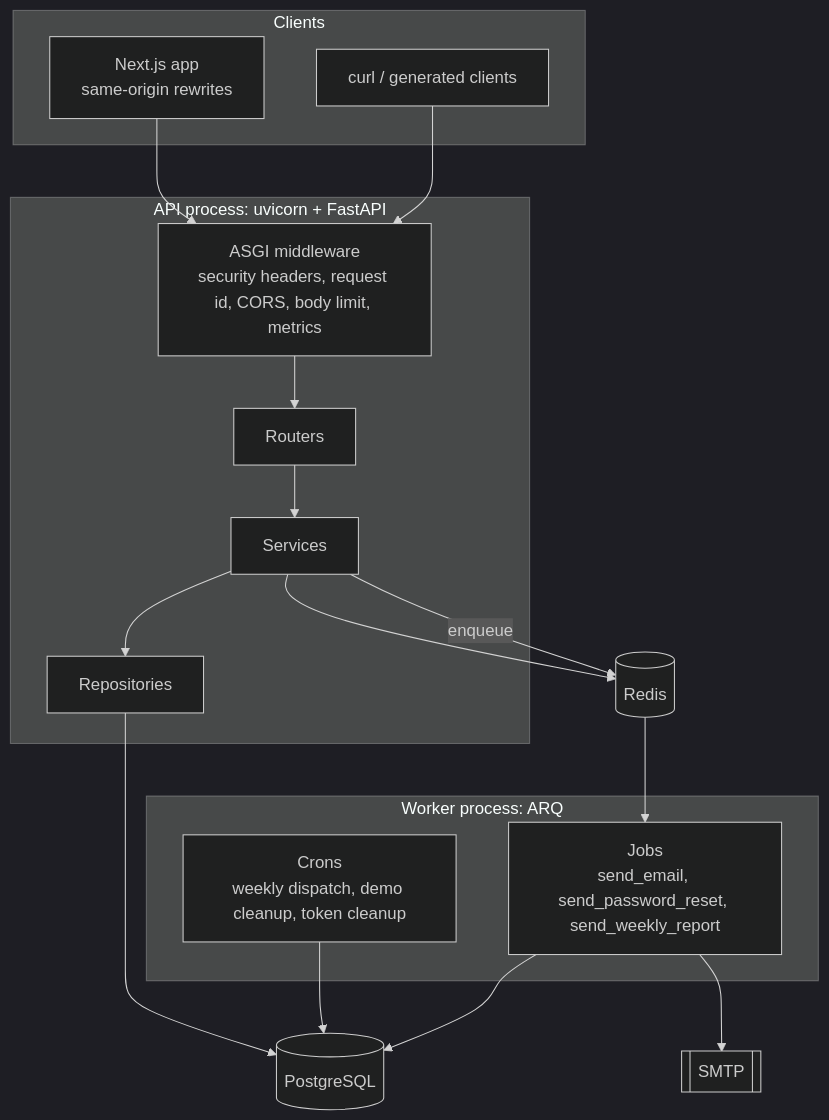
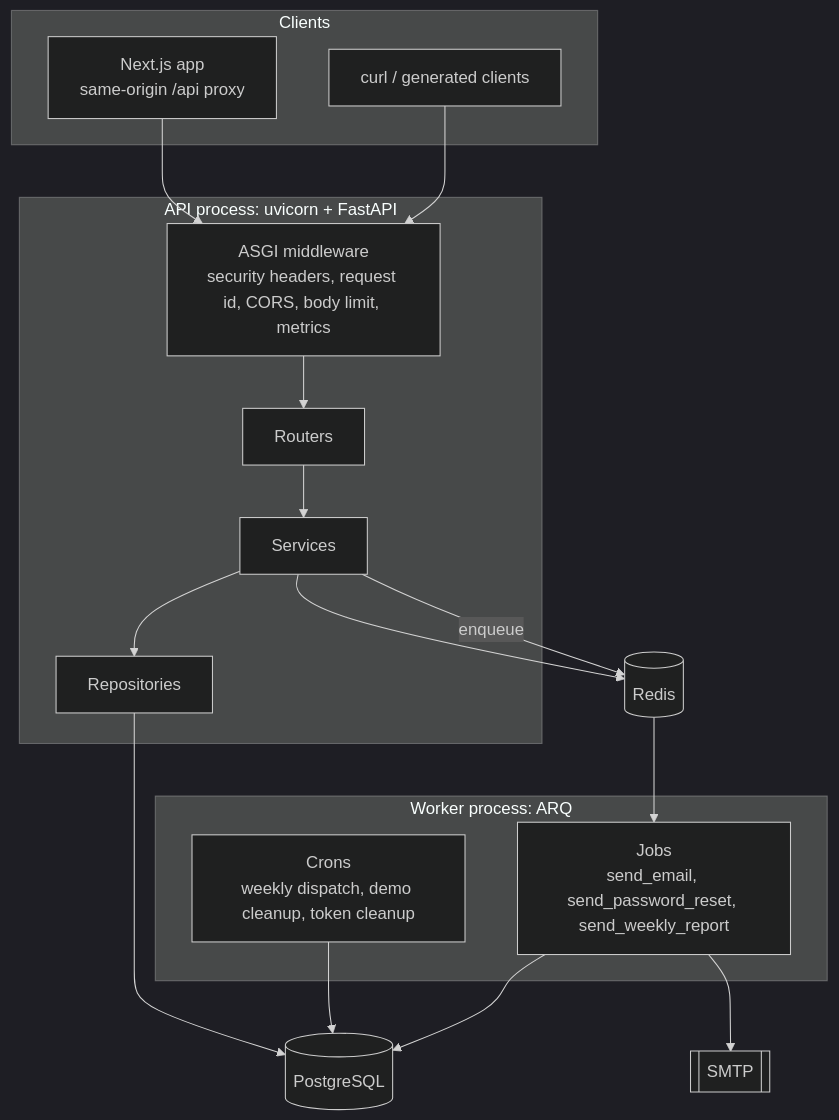
One commit to KhaledSaeed18/sleep-track-backend changed the first of 3 diagrams in docs/architecture.md. Above: the diagram before and after it, drawn with Mermaid (dark theme). The commit also changed 3 other files, not shown here.

Commit message:
docs: describe the frontend's same-origin proxy and link the frontend repository

````diff
--- a/docs/architecture.md
+++ b/docs/architecture.md
@@ -8,30 +8,30 @@
 ```mermaid
 flowchart TB
     subgraph clients [Clients]
-        web[Next.js app<br/>same-origin rewrites]
+        web[Next.js app<br/>same-origin /api proxy]
         tools[curl / generated clients]
     end
 
     subgraph api [API process: uvicorn + FastAPI]
         mw[ASGI middleware<br/>security headers, request id, CORS, body limit, metrics]
         routers[Routers]
         services[Services]
         repos[Repositories]
         mw --> routers --> services --> repos
     end
 
     subgraph worker [Worker process: ARQ]
         jobs[Jobs<br/>send_email, send_password_reset, send_weekly_report]
         crons[Crons<br/>weekly dispatch, demo cleanup, token cleanup]
     end
 
     web --> mw
     tools --> mw
     repos --> pg[(PostgreSQL)]
     services --> redis[(Redis)]
     services -- enqueue --> redis
     redis --> jobs
     crons --> pg
     jobs --> pg
     jobs --> smtp[[SMTP]]
 ```
````
